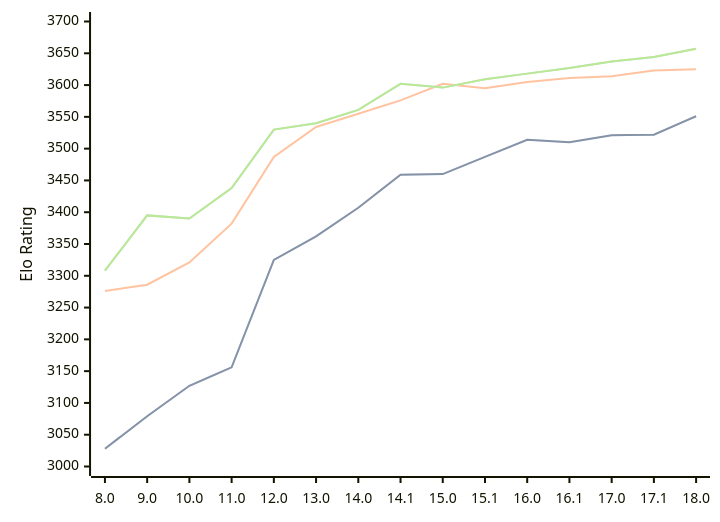
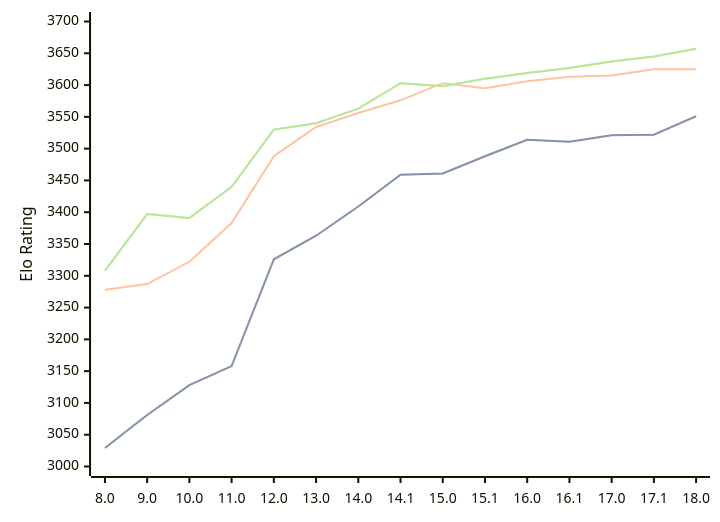
The diagram in engines/Stockfish.md (computer-chess-index/cci), drawn with Mermaid before and after one commit. The commit also changed other lines of this file, not shown here.

Commit message:
Update CCI Ratings (ELO VLTC) - 2026-05-01

````diff
--- a/engines/Stockfish.md
+++ b/engines/Stockfish.md
@@ -46,11 +46,11 @@
 ```mermaid
 %%{init: {"theme":"base","themeVariables":{"seriesColors:['#a3a3a3','#222221','#faa371']}}}%%
 xychart-beta
   x-axis ["8.0", "9.0", "10.0", "11.0", "12.0", "13.0", "14.0", "14.1", "15.0", "15.1", "16.0", "16.1", "17.0", "17.1", "18.0"]
   y-axis "Elo Rating" 3000 --> 3700
-  line "STC (8.0+0.08s)" [3028, 3079, 3127, 3156, 3325, 3362, 3407, 3459, 3460, 3487, 3514, 3510, 3521, 3522, 3551]
-  line "STC (8.0+0.08s)" [3028, 3079, 3127, 3156, 3325, 3362, 3407, 3459, 3460, 3487, 3514, 3510, 3521, 3522, 3551]
-  line "LTC (60.0+0.60s)" [3276, 3286, 3321, 3382, 3487, 3534, 3555, 3576, 3602, 3595, 3605, 3611, 3614, 3623, 3625]
-  line "VLTC (2m24s+1.12s)" [3308, 3395, 3390, 3438, 3530, 3540, 3561, 3602, 3596, 3609, 3618, 3627, 3637, 3644, 3657]
-  line "VLTC (2m24s+1.12s)" [3308, 3395, 3390, 3438, 3530, 3540, 3561, 3602, 3596, 3609, 3618, 3627, 3637, 3644, 3657]
+  line "STC (8.0+0.08s)" [3029, 3081, 3128, 3158, 3326, 3363, 3409, 3459, 3461, 3488, 3514, 3511, 3521, 3522, 3551]
+  line "STC (8.0+0.08s)" [3029, 3081, 3128, 3158, 3326, 3363, 3409, 3459, 3461, 3488, 3514, 3511, 3521, 3522, 3551]
+  line "LTC (60.0+0.60s)" [3278, 3287, 3322, 3383, 3488, 3534, 3556, 3576, 3603, 3595, 3606, 3613, 3615, 3625, 3625]
+  line "VLTC (2m24s+1.12s)" [3308, 3397, 3391, 3440, 3530, 3540, 3563, 3603, 3598, 3610, 3619, 3627, 3637, 3645, 3657]
+  line "VLTC (2m24s+1.12s)" [3308, 3397, 3391, 3440, 3530, 3540, 3563, 3603, 3598, 3610, 3619, 3627, 3637, 3645, 3657]
 ```
````
